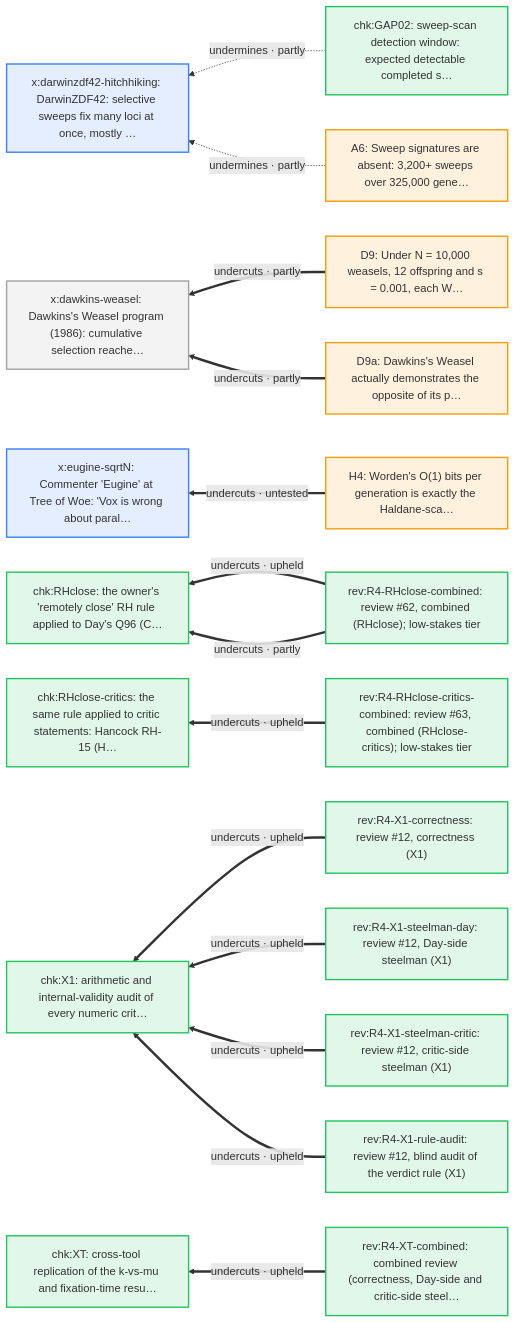
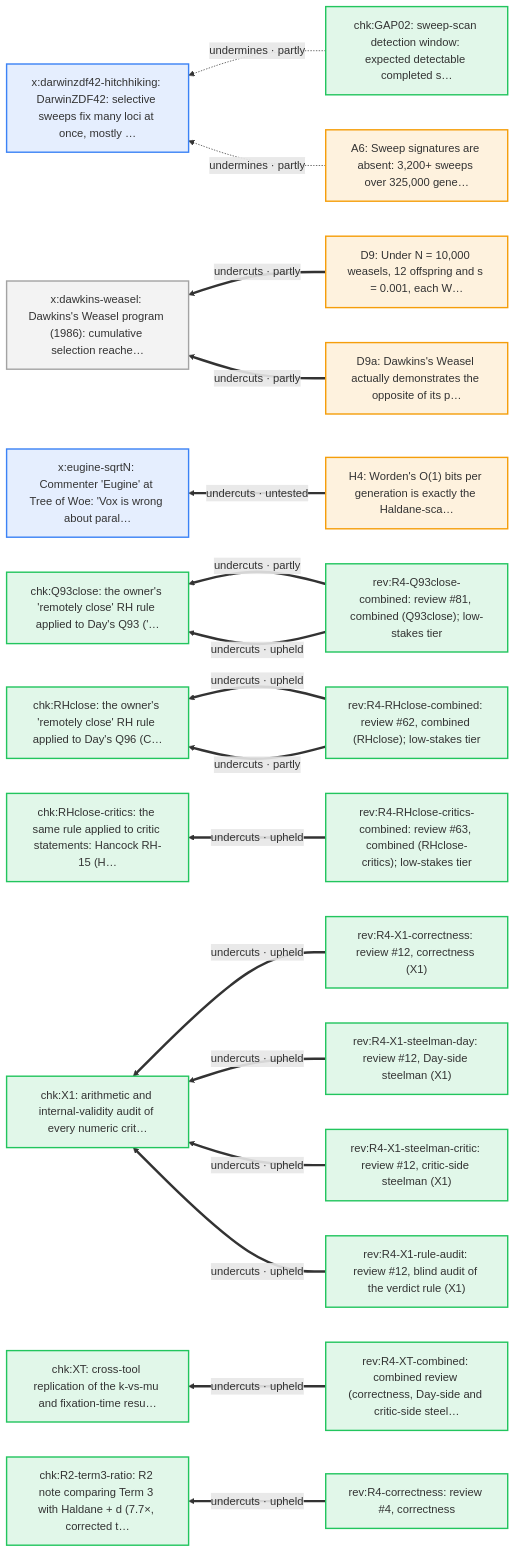
Diagram 23 of 23 in docs/arguments/defeaters.md (nickallevato/evo-sim), drawn with Mermaid before and after one commit. The commit also changed other lines of this file and 12 other files, not shown here.

First line of the commit message:
Integrate Q93close: review #81, RH-29 reading-dependent (dialectic), B2b Readings table, B5 note closed, argmap chk:Q93close d470-d472

````diff
--- a/docs/arguments/defeaters.md
+++ b/docs/arguments/defeaters.md
@@ -1262,40 +1261,47 @@
 ```mermaid
 flowchart RL
   classDef day fill:#f59e0b22,stroke:#f59e0b,stroke-width:2px
   classDef ally fill:#d9770622,stroke:#d97706,stroke-width:2px
   classDef critic fill:#3b82f622,stroke:#3b82f6,stroke-width:2px
   classDef literature fill:#a3a3a322,stroke:#a3a3a3,stroke-width:2px
   classDef audit fill:#22c55e22,stroke:#22c55e,stroke-width:2px
   A6["A6: Sweep signatures are absent: 3,200+ sweeps over 325,000 gene…"]:::day
   D9["D9: Under N = 10,000 weasels, 12 offspring and s = 0.001, each W…"]:::day
   D9a["D9a: Dawkins's Weasel actually demonstrates the opposite of its p…"]:::day
   H4["H4: Worden's O(1) bits per generation is exactly the Haldane-sca…"]:::day
   chk_GAP02["chk:GAP02: sweep-scan detection window: expected detectable completed s…"]:::audit
+  chk_Q93close["chk:Q93close: the owner's 'remotely close' RH rule applied to Day's Q93 ('…"]:::audit
+  chk_R2_term3_ratio["chk:R2-term3-ratio: R2 note comparing Term 3 with Haldane + d (7.7×, corrected t…"]:::audit
   chk_RHclose["chk:RHclose: the owner's 'remotely close' RH rule applied to Day's Q96 (C…"]:::audit
   chk_RHclose_critics["chk:RHclose-critics: the same rule applied to critic statements: Hancock RH-15 (H…"]:::audit
   chk_X1["chk:X1: arithmetic and internal-validity audit of every numeric crit…"]:::audit
   chk_XT["chk:XT: cross-tool replication of the k-vs-mu and fixation-time resu…"]:::audit
+  rev_R4_Q93close_combined["rev:R4-Q93close-combined: review #81, combined (Q93close); low-stakes tier"]:::audit
   rev_R4_RHclose_combined["rev:R4-RHclose-combined: review #62, combined (RHclose); low-stakes tier"]:::audit
   rev_R4_RHclose_critics_combined["rev:R4-RHclose-critics-combined: review #63, combined (RHclose-critics); low-stakes tier"]:::audit
   rev_R4_X1_correctness["rev:R4-X1-correctness: review #12, correctness (X1)"]:::audit
   rev_R4_X1_rule_audit["rev:R4-X1-rule-audit: review #12, blind audit of the verdict rule (X1)"]:::audit
   rev_R4_X1_steelman_critic["rev:R4-X1-steelman-critic: review #12, critic-side steelman (X1)"]:::audit
   rev_R4_X1_steelman_day["rev:R4-X1-steelman-day: review #12, Day-side steelman (X1)"]:::audit
   rev_R4_XT_combined["rev:R4-XT-combined: combined review (correctness, Day-side and critic-side steel…"]:::audit
+  rev_R4_correctness["rev:R4-correctness: review #4, correctness"]:::audit
   x_darwinzdf42_hitchhiking["x:darwinzdf42-hitchhiking: DarwinZDF42: selective sweeps fix many loci at once, mostly …"]:::critic
   x_dawkins_weasel["x:dawkins-weasel: Dawkins's Weasel program (1986): cumulative selection reache…"]:::literature
   x_eugine_sqrtN["x:eugine-sqrtN: Commenter 'Eugine' at Tree of Woe: 'Vox is wrong about paral…"]:::critic
+  rev_R4_Q93close_combined ==>|"undercuts · partly"| chk_Q93close
+  rev_R4_Q93close_combined ==>|"undercuts · upheld"| chk_Q93close
+  rev_R4_correctness ==>|"undercuts · upheld"| chk_R2_term3_ratio
   rev_R4_RHclose_combined ==>|"undercuts · upheld"| chk_RHclose
   rev_R4_RHclose_combined ==>|"undercuts · partly"| chk_RHclose
   rev_R4_RHclose_critics_combined ==>|"undercuts · upheld"| chk_RHclose_critics
   rev_R4_X1_correctness ==>|"undercuts · upheld"| chk_X1
   rev_R4_X1_steelman_day ==>|"undercuts · upheld"| chk_X1
   rev_R4_X1_steelman_critic ==>|"undercuts · upheld"| chk_X1
   rev_R4_X1_rule_audit ==>|"undercuts · upheld"| chk_X1
   rev_R4_XT_combined ==>|"undercuts · upheld"| chk_XT
   chk_GAP02 -.->|"undermines · partly"| x_darwinzdf42_hitchhiking
   A6 -.->|"undermines · partly"| x_darwinzdf42_hitchhiking
   D9 ==>|"undercuts · partly"| x_dawkins_weasel
   D9a ==>|"undercuts · partly"| x_dawkins_weasel
   H4 ==>|"undercuts · untested"| x_eugine_sqrtN
 ```
````
